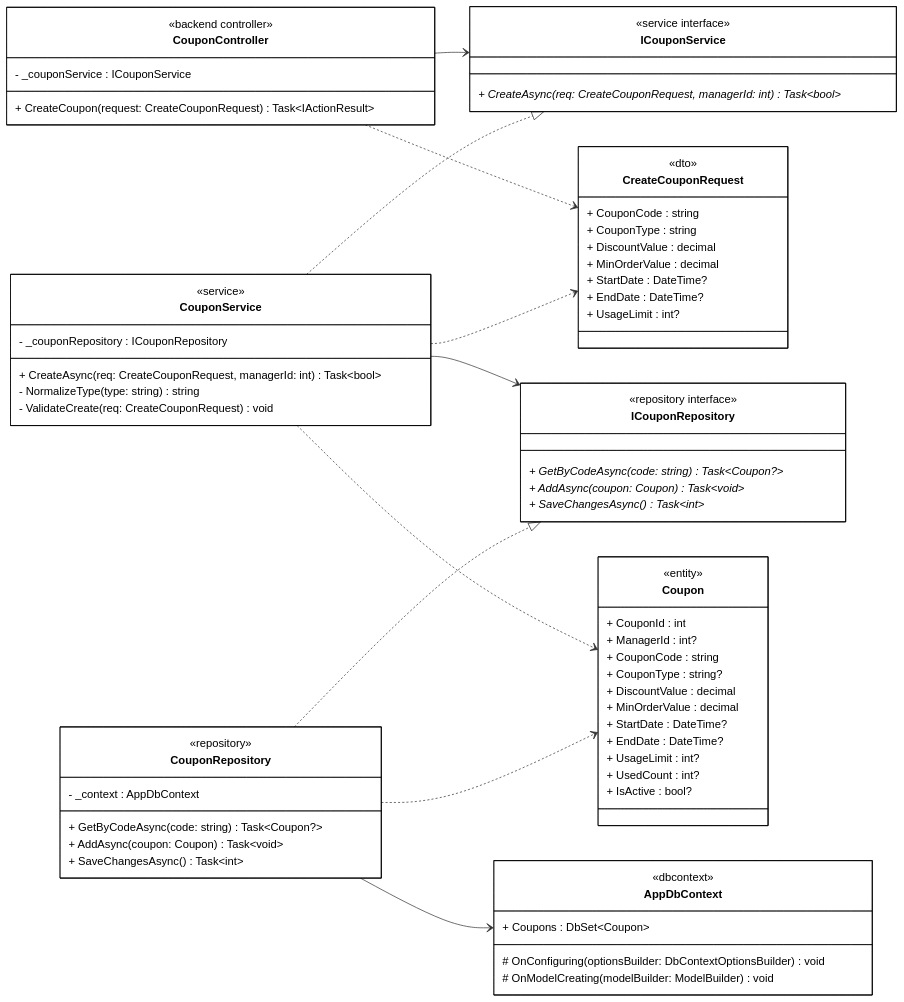
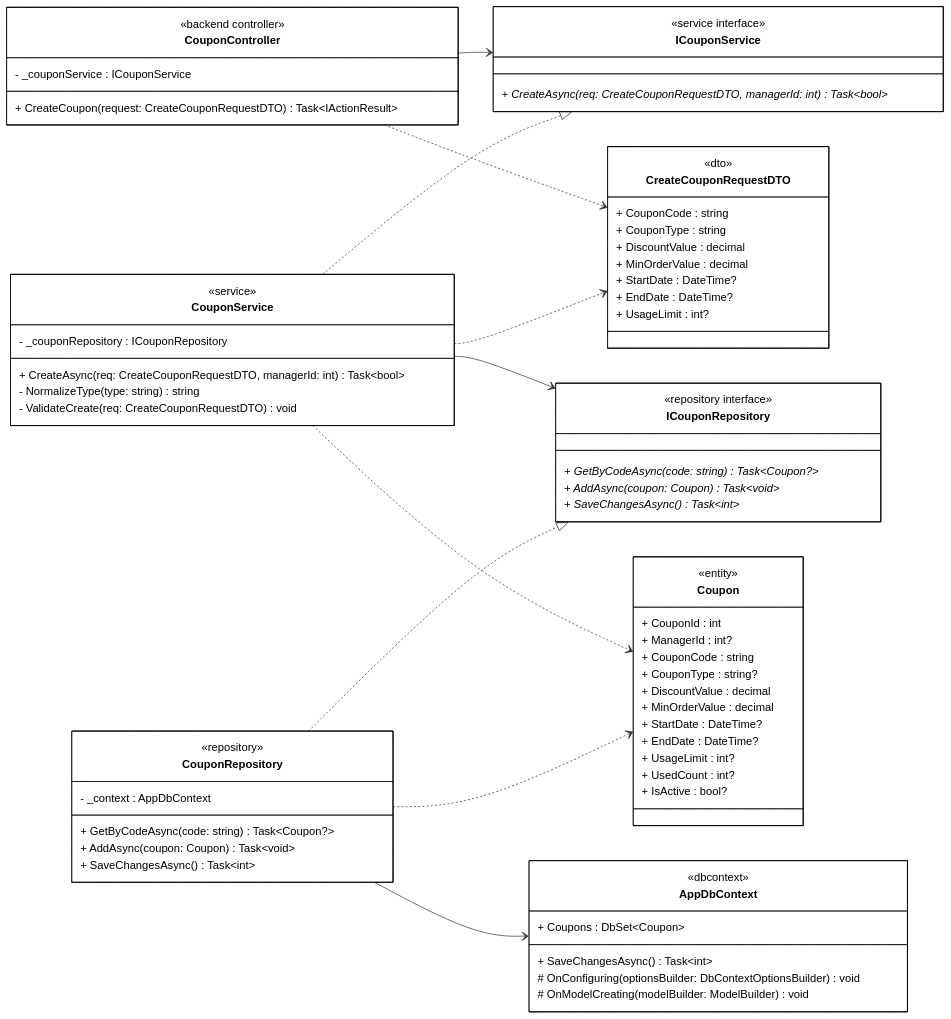
One commit to 1000do/Linked changed the diagram in diagrams/class_mermaid/manage_coupon/cls_mm_add_coupon.mmd. Above: the diagram before and after it, drawn with Mermaid. The commit also changed 28 other files, not shown here.

Commit message:
fix class synced sequence

```diff
--- a/diagrams/class_mermaid/manage_coupon/cls_mm_add_coupon.mmd
+++ b/diagrams/class_mermaid/manage_coupon/cls_mm_add_coupon.mmd
@@ -1,108 +1,109 @@
 classDiagram
 direction LR
 
 %% ==================== BACKEND - CONTROLLER ====================
 
 class CouponController {
     <<backend controller>>
     - _couponService : ICouponService
     
-    + CreateCoupon(request: CreateCouponRequest) Task~IActionResult~
+    + CreateCoupon(request: CreateCouponRequestDTO) Task~IActionResult~
 }
 
 %% ==================== BACKEND - DTOs ====================
 
-class CreateCouponRequest {
+class CreateCouponRequestDTO {
     <<dto>>
     + CouponCode : string
     + CouponType : string
     + DiscountValue : decimal
     + MinOrderValue : decimal
     + StartDate : DateTime?
     + EndDate : DateTime?
     + UsageLimit : int?
 }
 
 %% ==================== BACKEND - DOMAIN ENTITIES ====================
 
 class Coupon {
     <<entity>>
     + CouponId : int
     + ManagerId : int?
     + CouponCode : string
     + CouponType : string?
     + DiscountValue : decimal
     + MinOrderValue : decimal
     + StartDate : DateTime?
     + EndDate : DateTime?
     + UsageLimit : int?
     + UsedCount : int?
     + IsActive : bool?
 }
 
 %% ==================== BACKEND - SERVICE INTERFACES ====================
 
 class ICouponService {
     <<service interface>>
-    + CreateAsync(req: CreateCouponRequest, managerId: int) Task~bool~ *
+    + CreateAsync(req: CreateCouponRequestDTO, managerId: int) Task~bool~ *
 }
 
 class ICouponRepository {
     <<repository interface>>
     + GetByCodeAsync(code: string) Task~Coupon?~ *
     + AddAsync(coupon: Coupon) Task~void~ *
     + SaveChangesAsync() Task~int~ *
 }
 
 %% ==================== BACKEND - SERVICE IMPLEMENTATION ====================
 
 class CouponService {
     <<service>>
     - _couponRepository : ICouponRepository
     
-    + CreateAsync(req: CreateCouponRequest, managerId: int) Task~bool~
+    + CreateAsync(req: CreateCouponRequestDTO, managerId: int) Task~bool~
     - NormalizeType(type: string) string
-    - ValidateCreate(req: CreateCouponRequest) void
+    - ValidateCreate(req: CreateCouponRequestDTO) void
 }
 
 %% ==================== BACKEND - REPOSITORY IMPLEMENTATION ====================
 
 class CouponRepository {
     <<repository>>
     - _context : AppDbContext
     
     + GetByCodeAsync(code: string) Task~Coupon?~
     + AddAsync(coupon: Coupon) Task~void~
     + SaveChangesAsync() Task~int~
 }
 
 %% ==================== BACKEND - DbContext ====================
 
 class AppDbContext {
     <<dbcontext>>
     + Coupons : DbSet~Coupon~
     
+    + SaveChangesAsync() Task~int~
     # OnConfiguring(optionsBuilder: DbContextOptionsBuilder) void
     # OnModelCreating(modelBuilder: ModelBuilder) void
 }
 
 %% ==================== RELATIONSHIPS ====================
 
 %% === UNIDIRECTIONAL ASSOCIATION (solid arrow) ===
 CouponController --> ICouponService
 CouponService --> ICouponRepository
 CouponRepository --> AppDbContext
 
 %% === INTERFACE REALIZATION ===
 CouponService ..|> ICouponService
 CouponRepository ..|> ICouponRepository
 
 %% === DEPENDENCY (dashed arrows) ===
-CouponController ..> CreateCouponRequest
-CouponService ..> CreateCouponRequest
+CouponController ..> CreateCouponRequestDTO
+CouponService ..> CreateCouponRequestDTO
 CouponService ..> Coupon
 CouponRepository ..> Coupon
 
 %% ==================== STYLES ====================
 
 classDef default fill:#FFFFFF,stroke:#000000,stroke-width:1px,color:#000000
```
